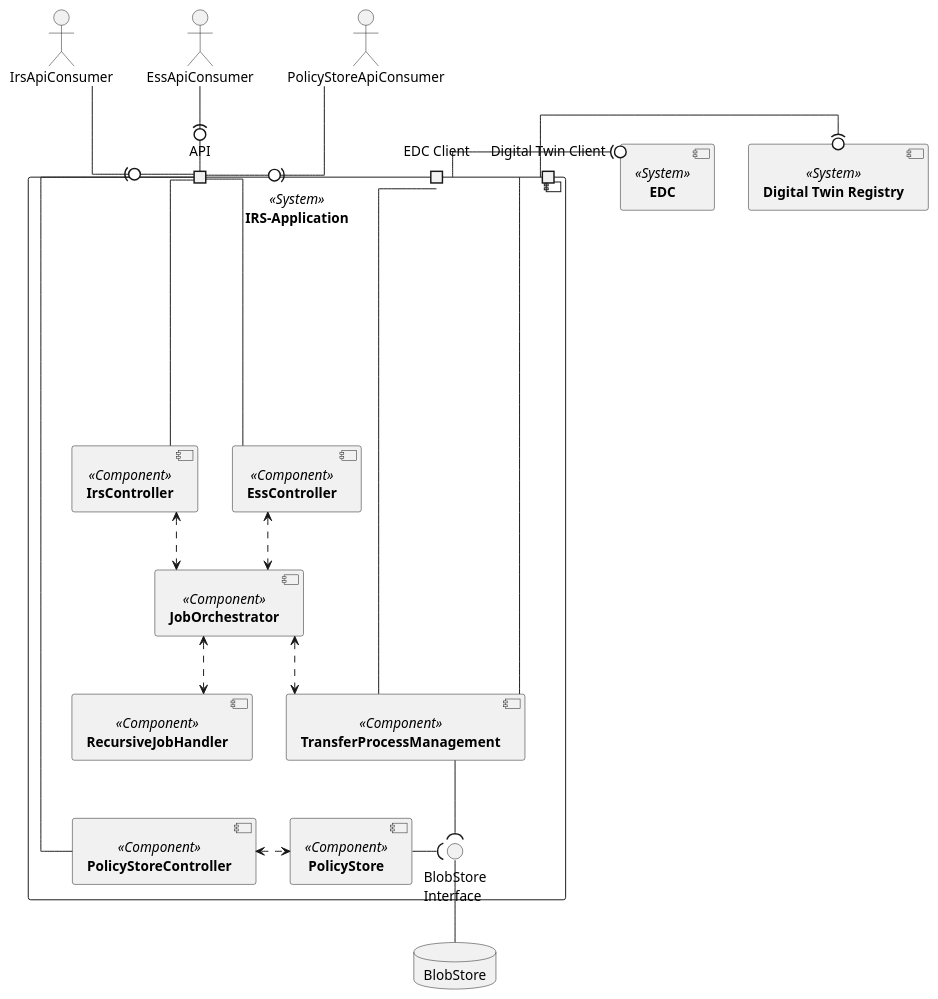
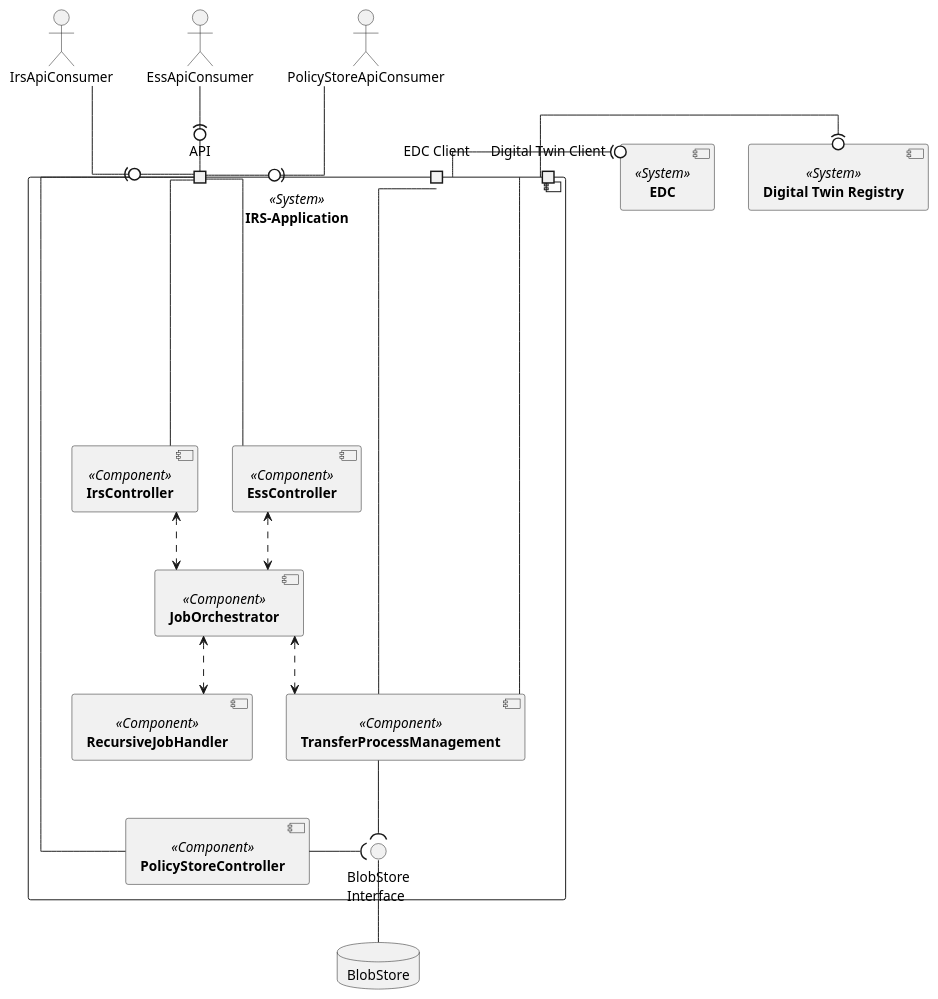
One commit to eclipse-tractusx/item-relationship-service changed the diagram in docs/src/uml-diagrams/building-block-view/building-block-view.puml. Above: the diagram before and after it, drawn with PlantUML. The commit also changed 1 other file, not shown here.

```diff
--- a/docs/src/uml-diagrams/building-block-view/building-block-view.puml
+++ b/docs/src/uml-diagrams/building-block-view/building-block-view.puml
@@ -1,55 +1,53 @@
 @startuml
 skinparam monochrome true
 skinparam shadowing false
 skinparam linetype ortho
 skinparam defaultFontName "Architects daughter"
 
 
  component [**IRS-Application**] <<System>> as IRS {
     component [**RecursiveJobHandler**] <<Component>> as RecursiveJobHandler
     component [**IrsController**] <<Component>> as IrsController
     component [**PolicyStoreController**] <<Component>> as PolicyStoreController
     component [**EssController**] <<Component>> as EssController
     component [**JobOrchestrator**] <<Component>> as JobOrchestrator
     component [**TransferProcessManagement**] <<Component>> as TransferProcessManagement
-    component [**PolicyStore**] <<Component>> as PolicyStore
 
 
     port "API" as API_PORT
     port "Digital Twin Client" as AAS_PORT
     port "EDC Client" as EDC_PORT
 
     () "BlobStore\nInterface" as StoreInterface
 
 
     IrsController <..> JobOrchestrator
     JobOrchestrator <..> TransferProcessManagement
     JobOrchestrator <..> RecursiveJobHandler
     TransferProcessManagement --( StoreInterface
-    PolicyStore -( StoreInterface
-    PolicyStoreController <.> PolicyStore
+    PolicyStoreController -( StoreInterface
     EssController <..> JobOrchestrator
 
 }
 component [**Digital Twin Registry**] <<System>> as DTR
 component [**EDC**] <<System>> as EDC
 actor IrsApiConsumer
 actor EssApiConsumer
 actor PolicyStoreApiConsumer
 IrsController -up- API_PORT
 PolicyStoreController -down- API_PORT
 EssController -down- API_PORT
 IrsApiConsumer -(0- API_PORT
 EssApiConsumer -(0- API_PORT
 PolicyStoreApiConsumer -(0- API_PORT
 
 
 TransferProcessManagement --- AAS_PORT
 TransferProcessManagement --- EDC_PORT
 AAS_PORT --right-(0 DTR
 EDC_PORT --right-(0 EDC
 
 database "BlobStore" as BlobStore
 StoreInterface -down- BlobStore
 
 @enduml
```
